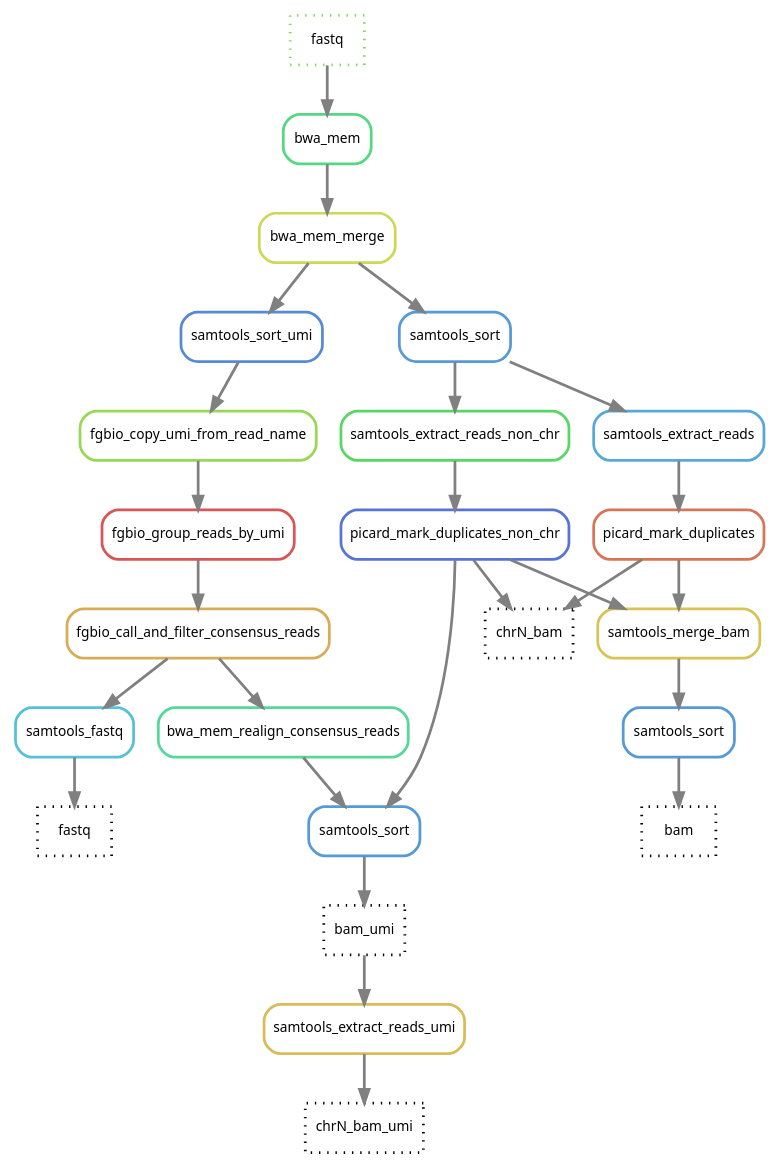
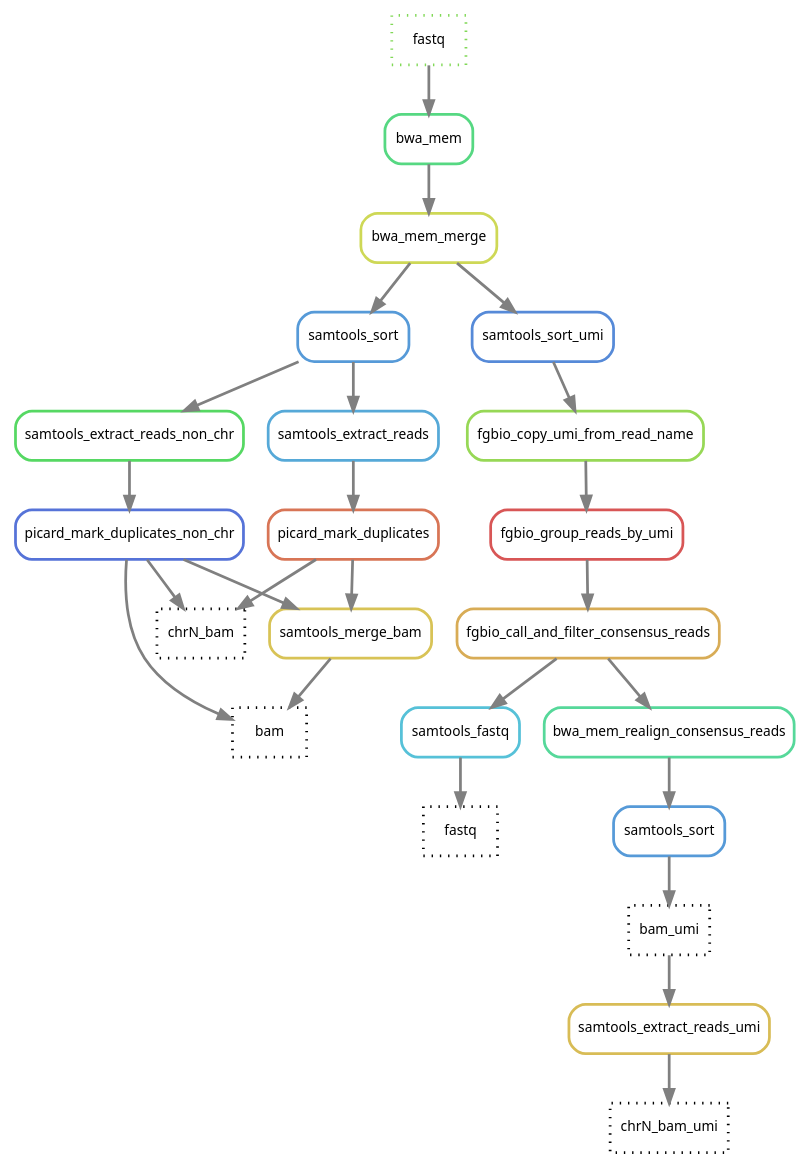
The diagram in docs/images/alignment.dna.dot (hydra-genetics/alignment), drawn with Graphviz before and after one commit. The commit also changed 3 other files, not shown here.

```diff
--- a/docs/images/alignment.dna.dot
+++ b/docs/images/alignment.dna.dot
@@ -1,53 +1,52 @@
 digraph snakemake_dag {
     graph[bgcolor=white, margin=0];
     node[shape=box, style=rounded, fontname=sans,                 fontsize=10, penwidth=2];
     edge[penwidth=2, color=grey];
 	0[label = "fastq", color = "0.28 0.6 0.85", style="dotted"];
 	61[label = "fastq", color = "0.0 0.0 0.0", style="dotted"];
-	40[label = "samtools_sort", color = "0.58 0.6 0.85", style="rounded"];
+
 	41[label = "samtools_sort", color = "0.58 0.6 0.85", style="rounded"];
 	42[label = "samtools_sort", color = "0.58 0.6 0.85", style="rounded"];
 	2[label = "samtools_merge_bam", color = "0.14 0.6 0.85", style="rounded"];
 	3[label = "picard_mark_duplicates", color = "0.04 0.6 0.85", style="rounded"];
 	4[label = "samtools_extract_reads", color = "0.56 0.6 0.85", style="rounded"];
 	51[label = "samtools_extract_reads_umi", color = "0.13 0.6 0.85", style="rounded"];
 	5[label = "bwa_mem_merge", color = "0.18 0.6 0.85", style="rounded"];
 	6[label = "bwa_mem", color = "0.39 0.6 0.85", style="rounded"];
 	8[label = "picard_mark_duplicates_non_chr", color = "0.63 0.6 0.85", style="rounded"];
 	9[label = "samtools_extract_reads_non_chr", color = "0.35 0.6 0.85", style="rounded"];
 	10[label = "bwa_mem_realign_consensus_reads", color = "0.42 0.6 0.85", style="rounded"];
 	11[label = "fgbio_call_and_filter_consensus_reads", color = "0.11 0.6 0.85", style="rounded"];
 	12[label = "fgbio_group_reads_by_umi", color = "0.00 0.6 0.85", style="rounded"];
 	13[label = "fgbio_copy_umi_from_read_name", color = "0.25 0.6 0.85", style="rounded"];
 	14[label = "samtools_sort_umi", color = "0.60 0.6 0.85", style="rounded"];
 	15[label = "samtools_fastq", color = "0.53 0.6 0.85", style="rounded"];
 	20[label = "bam", color = "0.0 0.0 0.0", style="dotted"];
 	21[label = "bam_umi", color = "0.0 0.0 0.0", style="dotted"];
 	30[label = "chrN_bam", color = "0.0 0.0 0.0", style="dotted"];
 	31[label = "chrN_bam_umi", color = "0.0 0.0 0.0", style="dotted"];
 	0 -> 6
-	40 -> 20
 	15 -> 61
 	5 -> 41
-	2 -> 40
+	2 -> 20
 	10 -> 42
-	8 -> 42
+	8 -> 20
 	3 -> 2
 	8 -> 2
 	3 -> 30
 	8 -> 30
 	4 -> 3
 	41 -> 4
 	6 -> 5
 	9 -> 8
 	41 -> 9
 	11 -> 10
 	12 -> 11
 	13 -> 12
 	14 -> 13
 	5 -> 14
 	11 -> 15
 	42 -> 21
 	21 -> 51
 	51 -> 31
 }            
```
